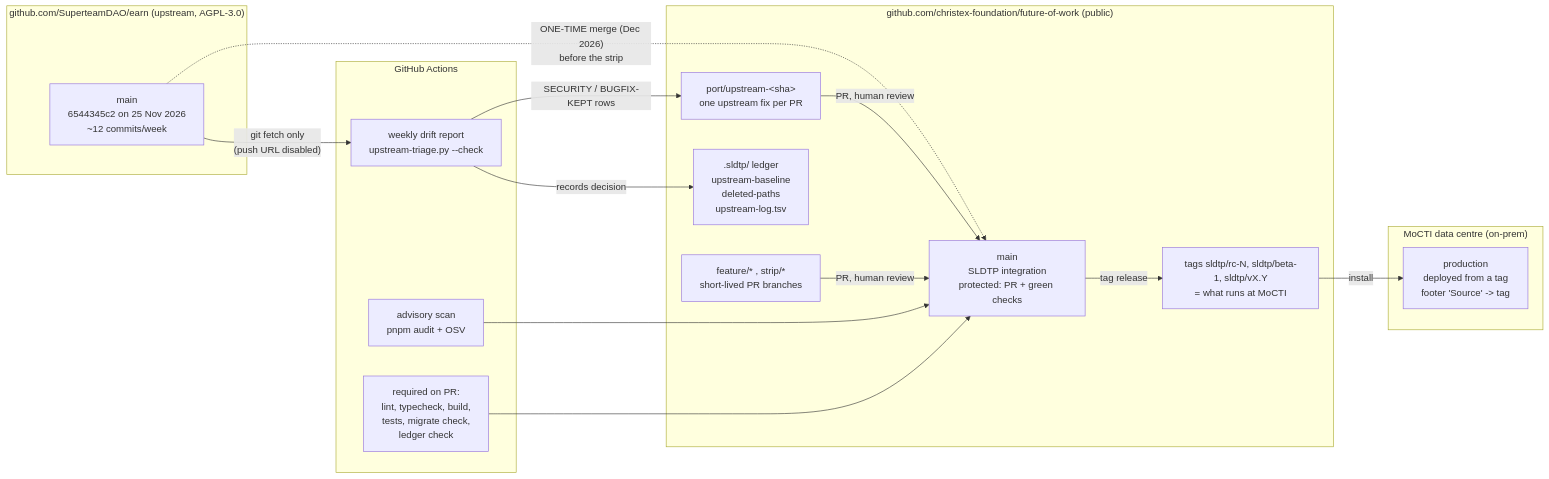
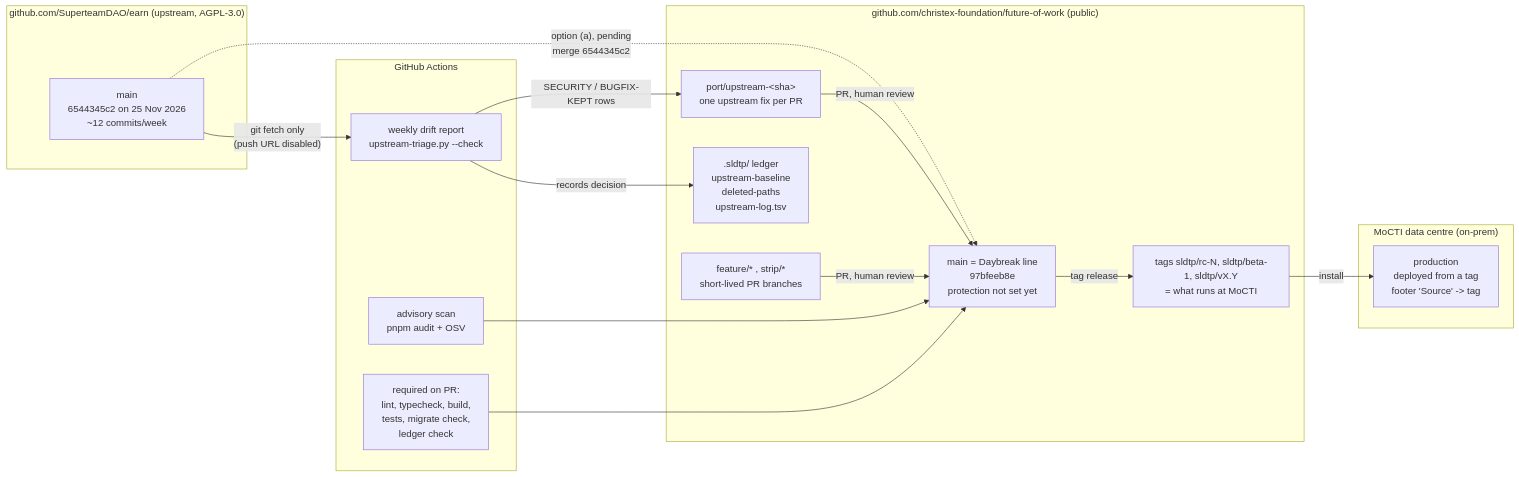
The first of 2 diagrams in docs/fork-and-upstream-sync.md (christex-foundation/future-of-work), drawn with Mermaid before and after one commit. The commit also changed other lines of this file and 1 other file, not shown here.

First line of the commit message:
Record main as the Daybreak line and leave upstream intake pending

````diff
--- a/docs/fork-and-upstream-sync.md
+++ b/docs/fork-and-upstream-sync.md
@@ -113,31 +131,31 @@
 ```mermaid
 flowchart LR
   subgraph GH_UP["github.com/SuperteamDAO/earn (upstream, AGPL-3.0)"]
     UM["main<br/>6544345c2 on 25 Nov 2026<br/>~12 commits/week"]
   end
   subgraph GH_FORK["github.com/christex-foundation/future-of-work (public)"]
-    M["main<br/>SLDTP integration<br/>protected: PR + green checks"]
+    M["main = Daybreak line<br/>97bfeeb8e<br/>protection not set yet"]
     FB["feature/* , strip/*<br/>short-lived PR branches"]
     UP["port/upstream-&lt;sha&gt;<br/>one upstream fix per PR"]
     T["tags sldtp/rc-N, sldtp/beta-1, sldtp/vX.Y<br/>= what runs at MoCTI"]
     L[".sldtp/ ledger<br/>upstream-baseline<br/>deleted-paths<br/>upstream-log.tsv"]
   end
   subgraph CI["GitHub Actions"]
     D["weekly drift report<br/>upstream-triage.py --check"]
     S["advisory scan<br/>pnpm audit + OSV"]
     R["required on PR:<br/>lint, typecheck, build,<br/>tests, migrate check,<br/>ledger check"]
   end
   subgraph DC["MoCTI data centre (on-prem)"]
     P["production<br/>deployed from a tag<br/>footer 'Source' -> tag"]
   end
   UM -- "git fetch only<br/>(push URL disabled)" --> D
-  UM -. "ONE-TIME merge (Dec 2026)<br/>before the strip" .-> M
+  UM -. "option (a), pending<br/>merge 6544345c2" .-> M
   D -- "SECURITY / BUGFIX-KEPT rows" --> UP
   UP -- "PR, human review" --> M
   FB -- "PR, human review" --> M
   D -- "records decision" --> L
   M -- "tag release" --> T
   T -- "install" --> P
   S --> M
   R --> M
 ```
````
